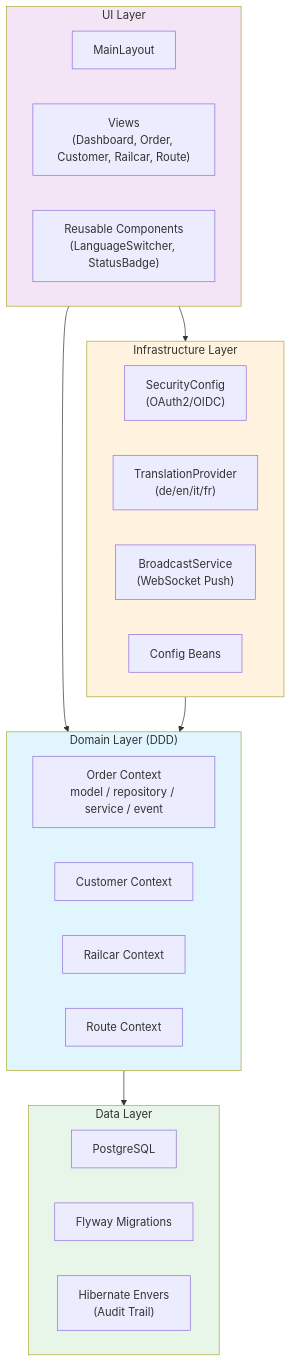
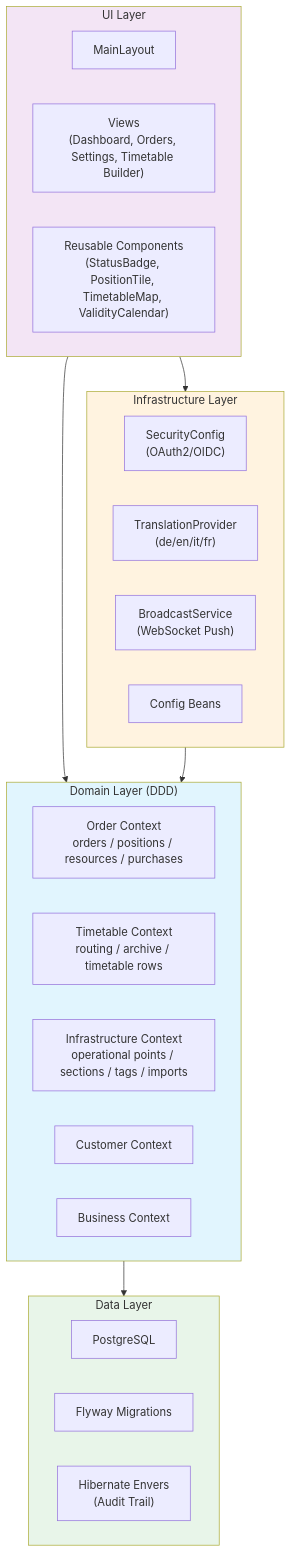
Before and after one commit to kron12345/railway-order-mgmt: the second of 7 diagrams in docs/ARCHITECTURE.md, drawn with Mermaid. The commit also changed other lines of this file and 45 other files, not shown here.

Commit message:
Add timetable builder and document order position flows

````diff
--- a/docs/ARCHITECTURE.md
+++ b/docs/ARCHITECTURE.md
@@ -15,38 +16,39 @@
 ```mermaid
 graph TB
     subgraph UI["UI Layer"]
         Layout["MainLayout"]
-        Views["Views<br/>(Dashboard, Order, Customer, Railcar, Route)"]
-        Components["Reusable Components<br/>(LanguageSwitcher, StatusBadge)"]
+        Views["Views<br/>(Dashboard, Orders, Settings, Timetable Builder)"]
+        Components["Reusable Components<br/>(StatusBadge, PositionTile, TimetableMap, ValidityCalendar)"]
     end
 
     subgraph Domain["Domain Layer (DDD)"]
-        Order["Order Context<br/>model / repository / service / event"]
+        Order["Order Context<br/>orders / positions / resources / purchases"]
+        Timetable["Timetable Context<br/>routing / archive / timetable rows"]
+        InfraDomain["Infrastructure Context<br/>operational points / sections / tags / imports"]
         Customer["Customer Context"]
-        Railcar["Railcar Context"]
-        Route["Route Context"]
+        Business["Business Context"]
     end
 
     subgraph Infra["Infrastructure Layer"]
         Security["SecurityConfig<br/>(OAuth2/OIDC)"]
         I18n["TranslationProvider<br/>(de/en/it/fr)"]
         Push["BroadcastService<br/>(WebSocket Push)"]
         Config["Config Beans"]
     end
 
     subgraph Data["Data Layer"]
         DB2["PostgreSQL"]
         Flyway["Flyway Migrations"]
         Envers["Hibernate Envers<br/>(Audit Trail)"]
     end
 
     UI --> Domain
     UI --> Infra
     Infra --> Domain
     Domain --> Data
 
     style Domain fill:#e1f5fe
     style UI fill:#f3e5f5
     style Infra fill:#fff3e0
     style Data fill:#e8f5e9
 ```
````
